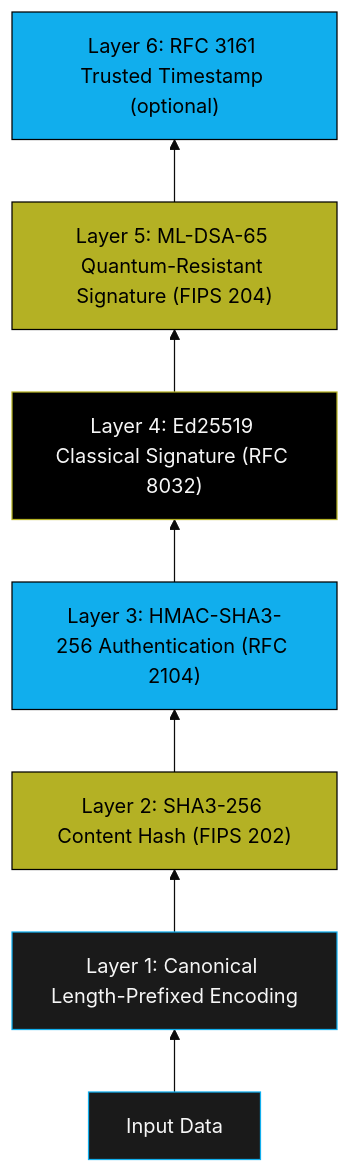
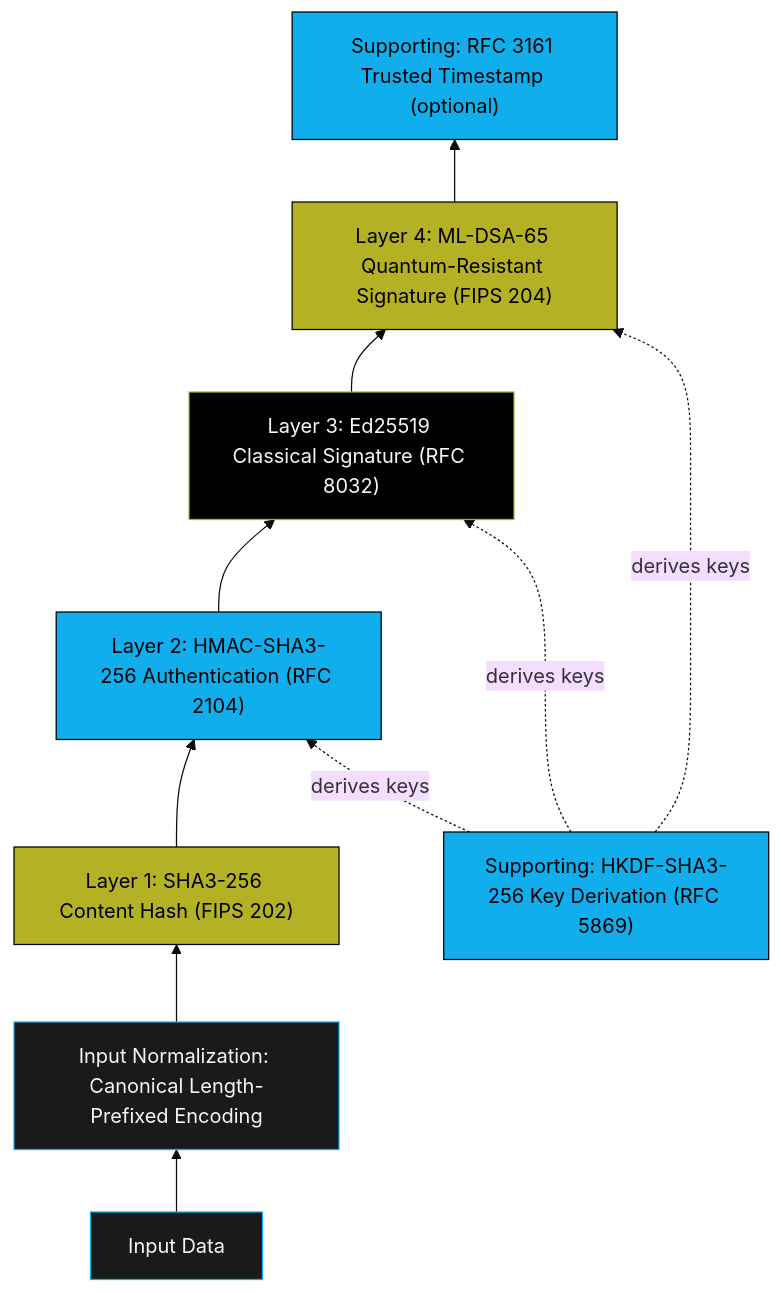
Before and after one commit to Steel-SecAdv-LLC/AMA-Cryptography: the third of 7 diagrams in wiki/Architecture.md, drawn with Mermaid (base theme). The commit also changed other lines of this file and 8 other files, not shown here.

````diff
--- a/wiki/Architecture.md
+++ b/wiki/Architecture.md
@@ -117,15 +117,19 @@
 ```mermaid
 flowchart BT
-    input["Input Data"]:::gray --> L1
-    L1["Layer 1: Canonical Length-Prefixed Encoding"]:::gray --> L2
-    L2["Layer 2: SHA3-256 Content Hash (FIPS 202)"]:::gold --> L3
-    L3["Layer 3: HMAC-SHA3-256 Authentication (RFC 2104)"]:::blue --> L4
-    L4["Layer 4: Ed25519 Classical Signature (RFC 8032)"]:::black --> L5
-    L5["Layer 5: ML-DSA-65 Quantum-Resistant Signature (FIPS 204)"]:::gold --> L6
-    L6["Layer 6: RFC 3161 Trusted Timestamp (optional)"]:::blue
+    input["Input Data"]:::gray --> L0
+    L0["Input Normalization: Canonical Length-Prefixed Encoding"]:::gray --> L1
+    L1["Layer 1: SHA3-256 Content Hash (FIPS 202)"]:::gold --> L2
+    L2["Layer 2: HMAC-SHA3-256 Authentication (RFC 2104)"]:::blue --> L3
+    L3["Layer 3: Ed25519 Classical Signature (RFC 8032)"]:::black --> L4
+    L4["Layer 4: ML-DSA-65 Quantum-Resistant Signature (FIPS 204)"]:::gold --> S2
+    S2["Supporting: RFC 3161 Trusted Timestamp (optional)"]:::blue
+
+    S1["Supporting: HKDF-SHA3-256 Key Derivation (RFC 5869)"]:::blue -.->|derives keys| L2
+    S1 -.->|derives keys| L3
+    S1 -.->|derives keys| L4
 
 classDef gold fill:#B4B124,stroke:#000000,color:#000000;
 classDef blue fill:#11AEED,stroke:#000000,color:#000000;
 classDef black fill:#000000,stroke:#B4B124,color:#f6f6f6;
 classDef gray fill:#1a1a1a,stroke:#11AEED,color:#f6f6f6;
 ```
````
